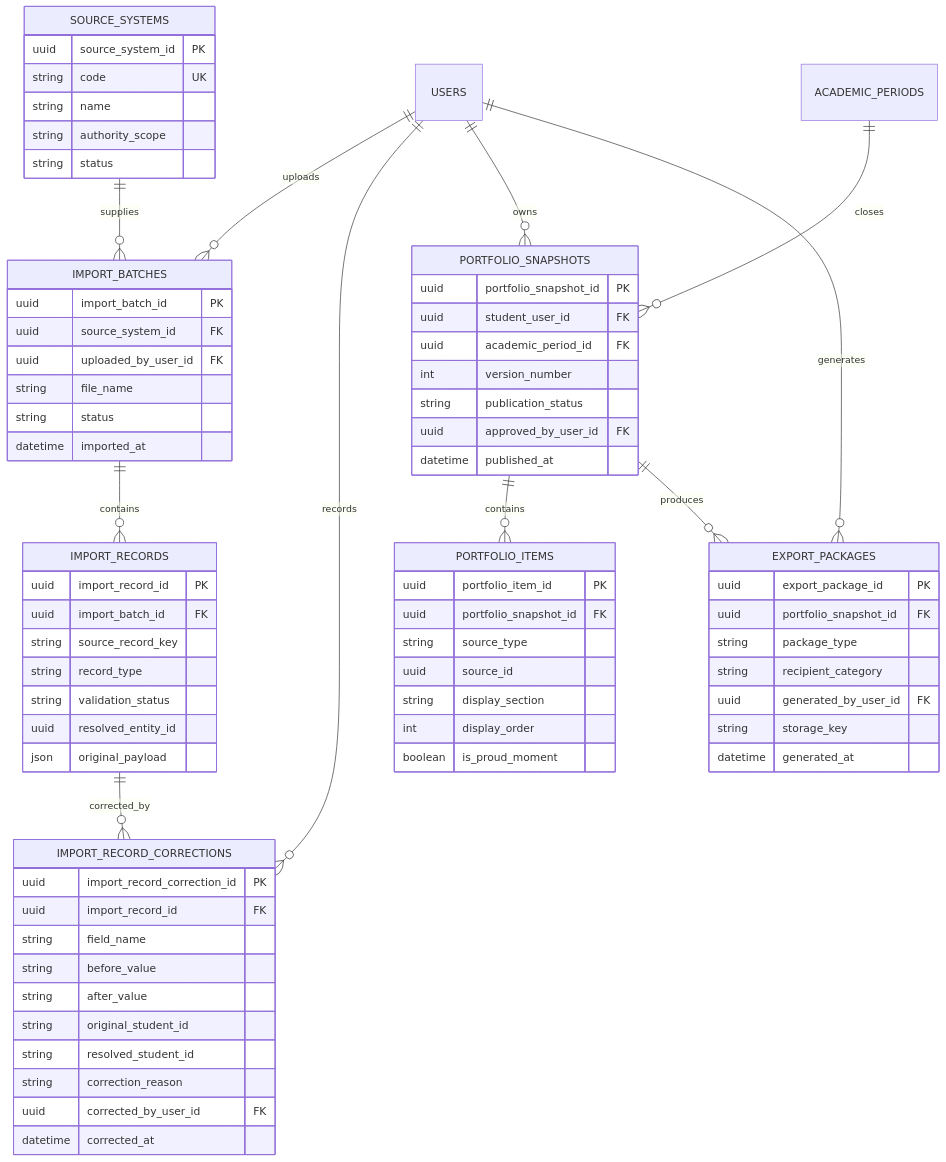
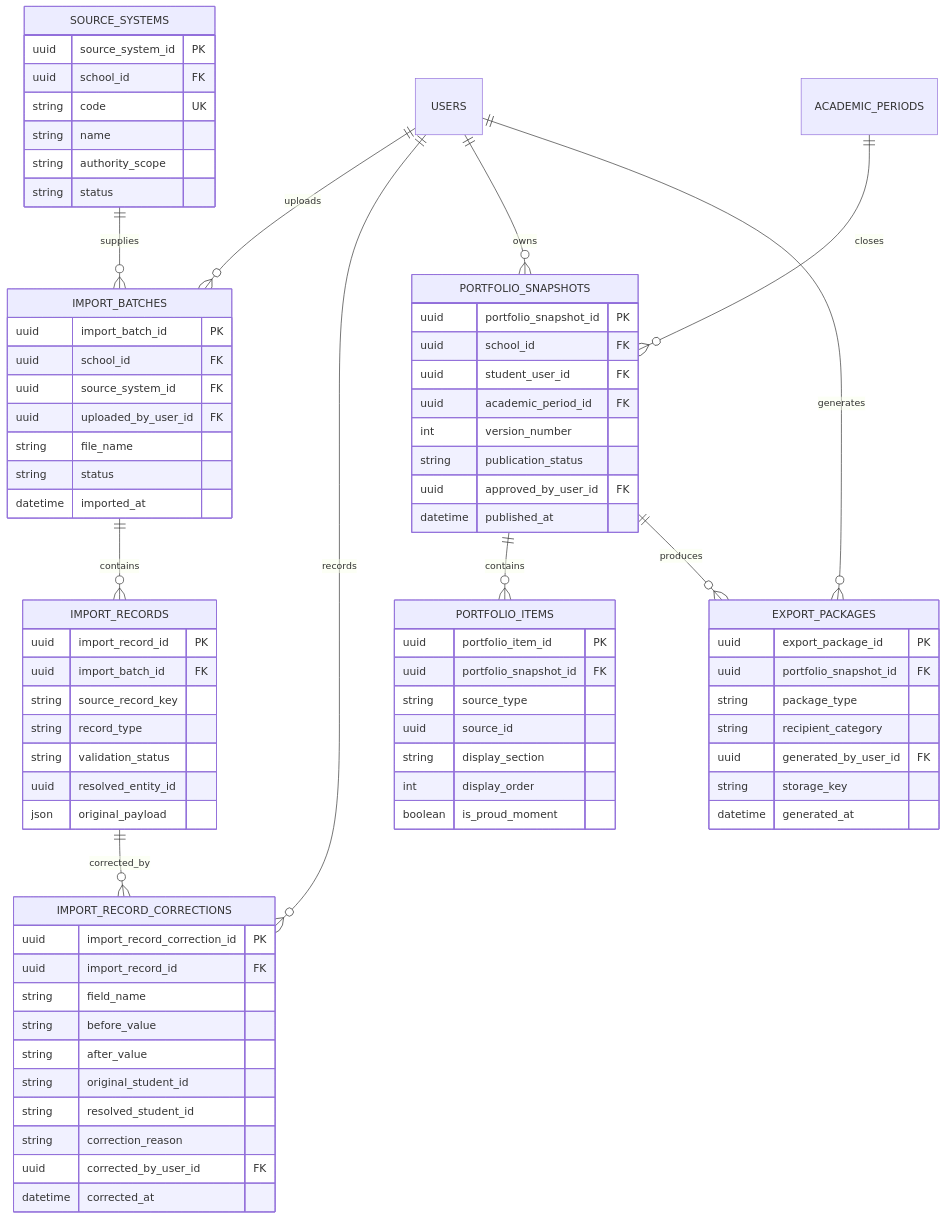
Before and after one commit to heison-octopus/testing-port: diagram 23 of 23 in output/English/Core data relationships.md, drawn with Mermaid. The commit also changed other lines of this file and 79 other files, not shown here.

```diff
--- a/output/English/Core data relationships.md
+++ b/output/English/Core data relationships.md
@@ -1425,6 +1554,7 @@
 
     SOURCE_SYSTEMS {
         uuid source_system_id PK
+        uuid school_id FK
         string code UK
         string name
         string authority_scope
@@ -1433,6 +1563,7 @@
 
     IMPORT_BATCHES {
         uuid import_batch_id PK
+        uuid school_id FK
         uuid source_system_id FK
         uuid uploaded_by_user_id FK
         string file_name
@@ -1465,6 +1596,7 @@
 
     PORTFOLIO_SNAPSHOTS {
         uuid portfolio_snapshot_id PK
+        uuid school_id FK
         uuid student_user_id FK
         uuid academic_period_id FK
         int version_number
```
